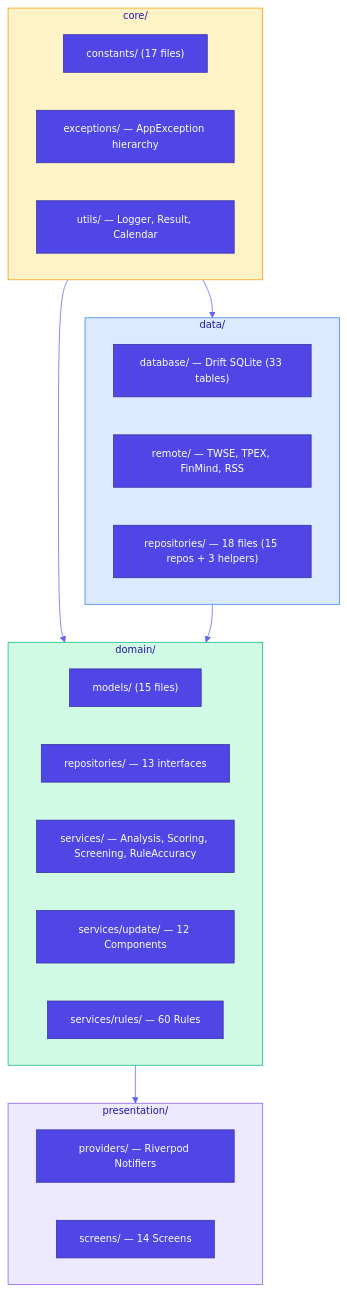
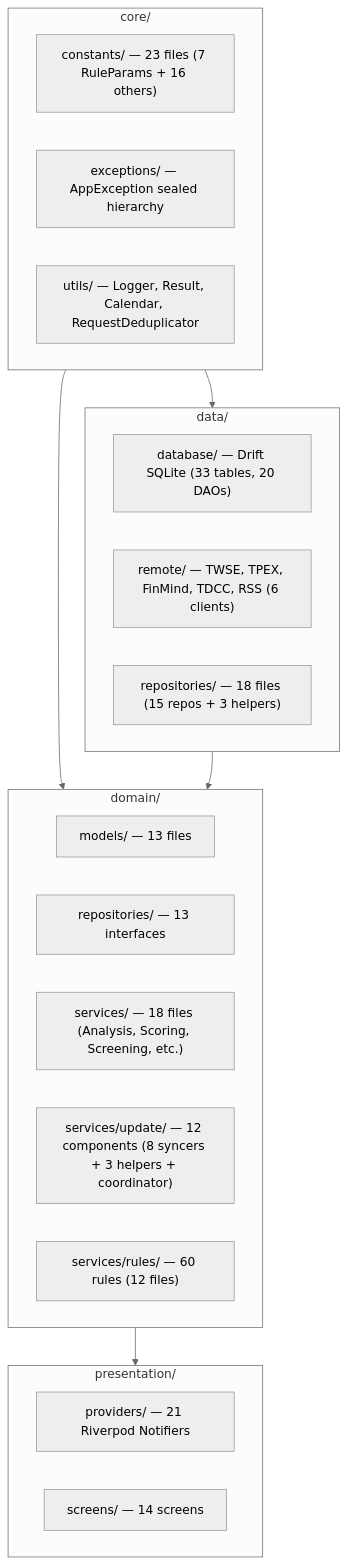
The second of 4 diagrams in CLAUDE.md (Neal75418/afterclose), drawn with Mermaid before and after one commit. The commit also changed other lines of this file and 1 other file, not shown here.

````diff
--- a/CLAUDE.md
+++ b/CLAUDE.md
@@ -59,38 +55,33 @@
 ```mermaid
-%%{init: {'theme': 'base', 'themeVariables': {'primaryColor': '#4F46E5', 'primaryTextColor': '#fff', 'primaryBorderColor': '#3730A3', 'lineColor': '#6366F1', 'fontSize': '13px'}}}%%
+%%{init: {'theme': 'neutral'}}%%
 flowchart TB
     subgraph Core["core/"]
-        Constants["constants/ (17 files)"]
-        Exceptions["exceptions/ — AppException hierarchy"]
-        Utils["utils/ — Logger, Result, Calendar"]
+        Constants["constants/ — 23 files (7 RuleParams + 16 others)"]
+        Exceptions["exceptions/ — AppException sealed hierarchy"]
+        Utils["utils/ — Logger, Result, Calendar, RequestDeduplicator"]
     end
 
     subgraph Data["data/"]
-        Database["database/ — Drift SQLite (33 tables)"]
-        Remote["remote/ — TWSE, TPEX, FinMind, RSS"]
+        Database["database/ — Drift SQLite (33 tables, 20 DAOs)"]
+        Remote["remote/ — TWSE, TPEX, FinMind, TDCC, RSS (6 clients)"]
         Repos["repositories/ — 18 files (15 repos + 3 helpers)"]
     end
 
     subgraph Domain["domain/"]
-        Models["models/ (15 files)"]
+        Models["models/ — 13 files"]
         RepoIF["repositories/ — 13 interfaces"]
-        Services["services/ — Analysis, Scoring, Screening, RuleAccuracy"]
-        Update["services/update/ — 12 Components"]
-        Rules["services/rules/ — 60 Rules"]
+        Services["services/ — 18 files (Analysis, Scoring, Screening, etc.)"]
+        Update["services/update/ — 12 components (8 syncers + 3 helpers + coordinator)"]
+        Rules["services/rules/ — 60 rules (12 files)"]
     end
 
     subgraph Presentation["presentation/"]
-        Providers["providers/ — Riverpod Notifiers"]
-        Screens["screens/ — 14 Screens"]
+        Providers["providers/ — 21 Riverpod Notifiers"]
+        Screens["screens/ — 14 screens"]
     end
 
     Core --> Data
     Core --> Domain
     Data --> Domain
     Domain --> Presentation
-
-    style Core fill:#FEF3C7,stroke:#F59E0B
-    style Data fill:#DBEAFE,stroke:#3B82F6
-    style Domain fill:#D1FAE5,stroke:#10B981
-    style Presentation fill:#EDE9FE,stroke:#8B5CF6
 ```
````
